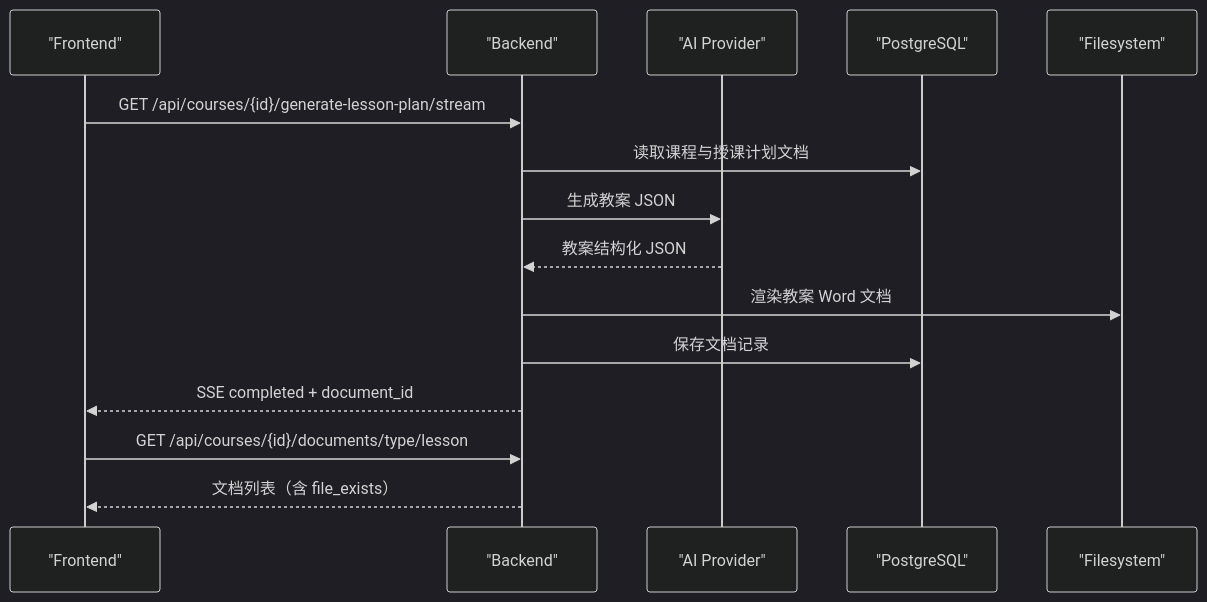
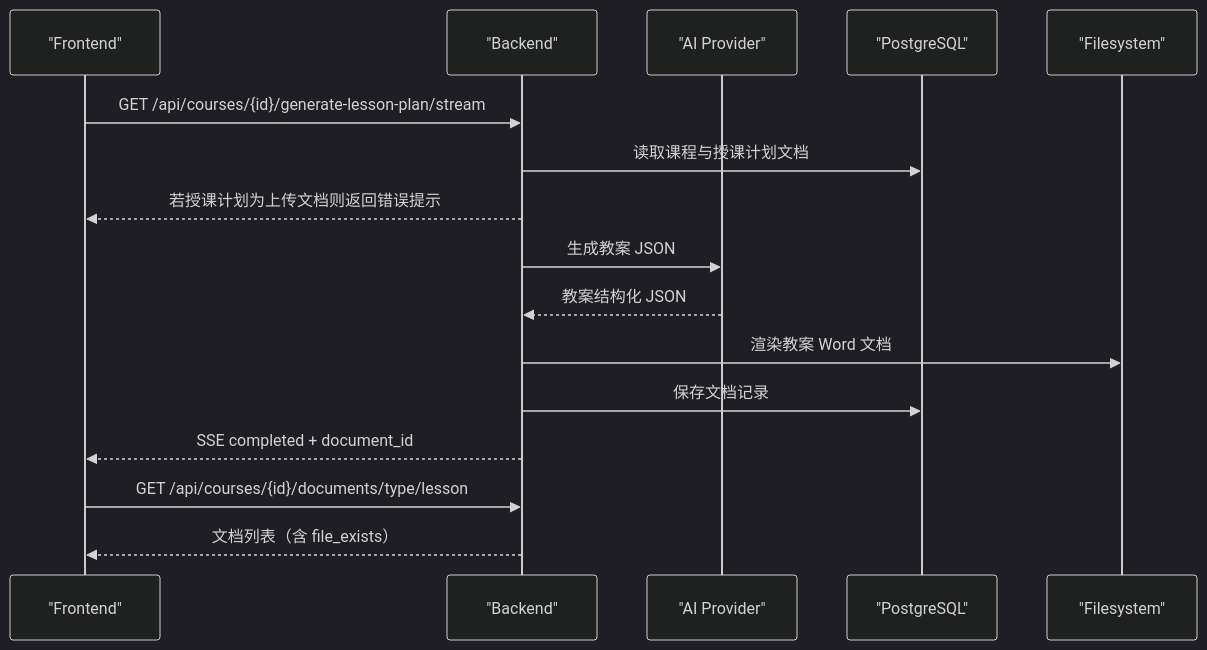
One commit to Gabrlie/BZYAgent changed the third of 4 diagrams in .ai/architecture/data-flow.md. Above: the diagram before and after it, drawn with Mermaid (dark theme). The commit also changed 15 other files, not shown here.

````diff
--- a/.ai/architecture/data-flow.md
+++ b/.ai/architecture/data-flow.md
@@ -35,17 +35,18 @@
 ```mermaid
 sequenceDiagram
   participant FE as "Frontend"
   participant BE as "Backend"
   participant AI as "AI Provider"
   participant DB as "PostgreSQL"
   participant FS as "Filesystem"
   FE->>BE: GET /api/courses/{id}/generate-lesson-plan/stream
   BE->>DB: 读取课程与授课计划文档
+  BE-->>FE: 若授课计划为上传文档则返回错误提示
   BE->>AI: 生成教案 JSON
   AI-->>BE: 教案结构化 JSON
   BE->>FS: 渲染教案 Word 文档
   BE->>DB: 保存文档记录
   BE-->>FE: SSE completed + document_id
   FE->>BE: GET /api/courses/{id}/documents/type/lesson
   BE-->>FE: 文档列表（含 file_exists）
 ```
````
